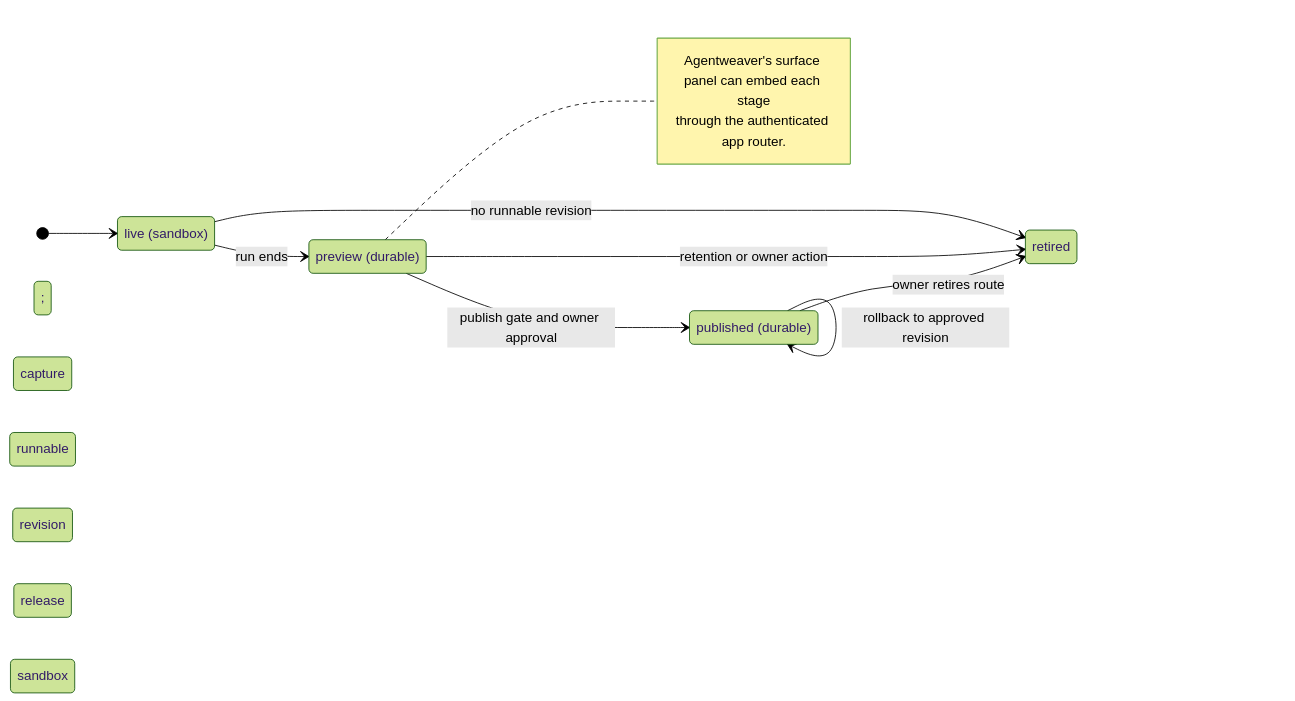
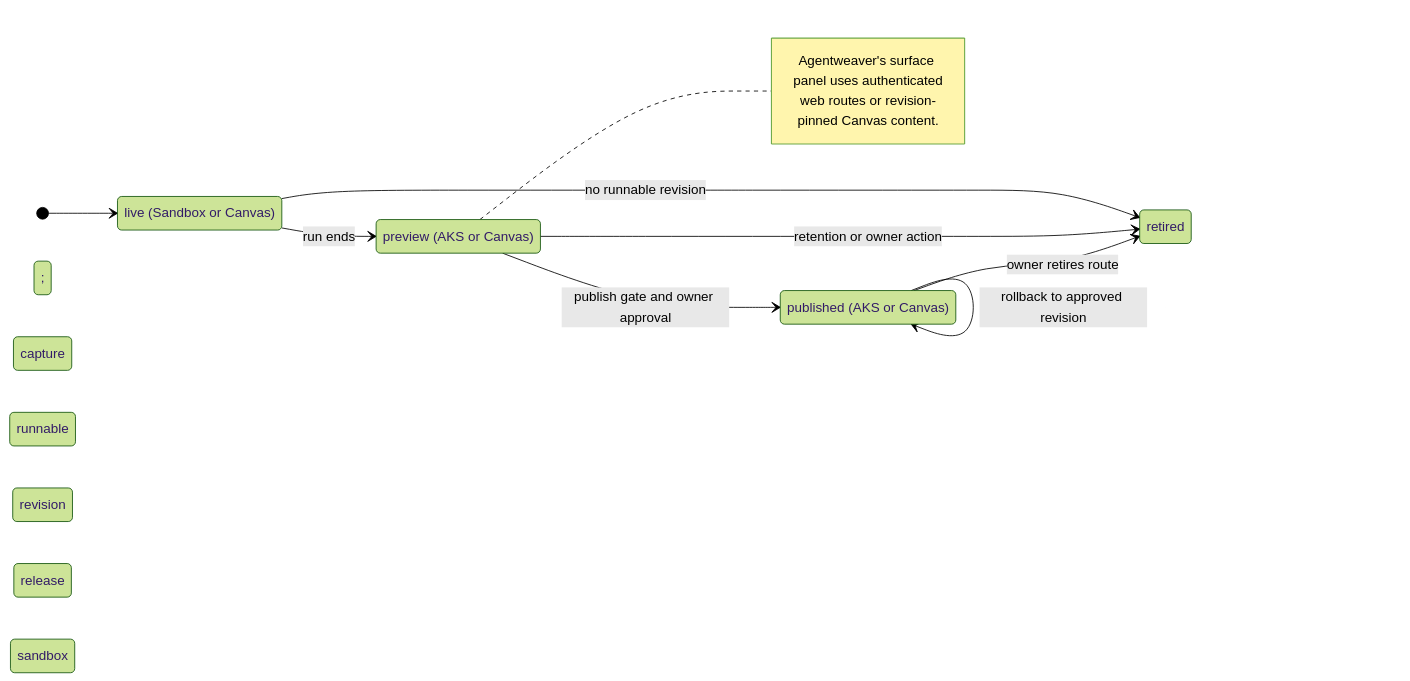
The first of 2 diagrams in docs/architecture/design/applications-and-surfaces.md (sabbour/agentweaver), drawn with Mermaid (forest theme) before and after one commit. The commit also changed other lines of this file and 10 other files, not shown here.

First line of the commit message:
docs(v1): clarify provider roadmap and session material ownership

````diff
--- a/docs/architecture/design/applications-and-surfaces.md
+++ b/docs/architecture/design/applications-and-surfaces.md
@@ -113,19 +119,19 @@
 ```mermaid
 stateDiagram-v2
     direction LR
-    state "live (sandbox)" as Live
-    state "preview (durable)" as Preview
-    state "published (durable)" as Published
+    state "live (Sandbox or Canvas)" as Live
+    state "preview (AKS or Canvas)" as Preview
+    state "published (AKS or Canvas)" as Published
     state "retired" as Retired
     [*] --> Live
     Live --> Preview: run ends; capture runnable revision
     Live --> Retired: no runnable revision; release sandbox
     Preview --> Published: publish gate and owner approval
     Preview --> Retired: retention or owner action
     Published --> Published: rollback to approved revision
     Published --> Retired: owner retires route
     note right of Preview
-        Agentweaver's surface panel can embed each stage
-        through the authenticated app router.
+        Agentweaver's surface panel uses authenticated
+        web routes or revision-pinned Canvas content.
     end note
 ```
````
